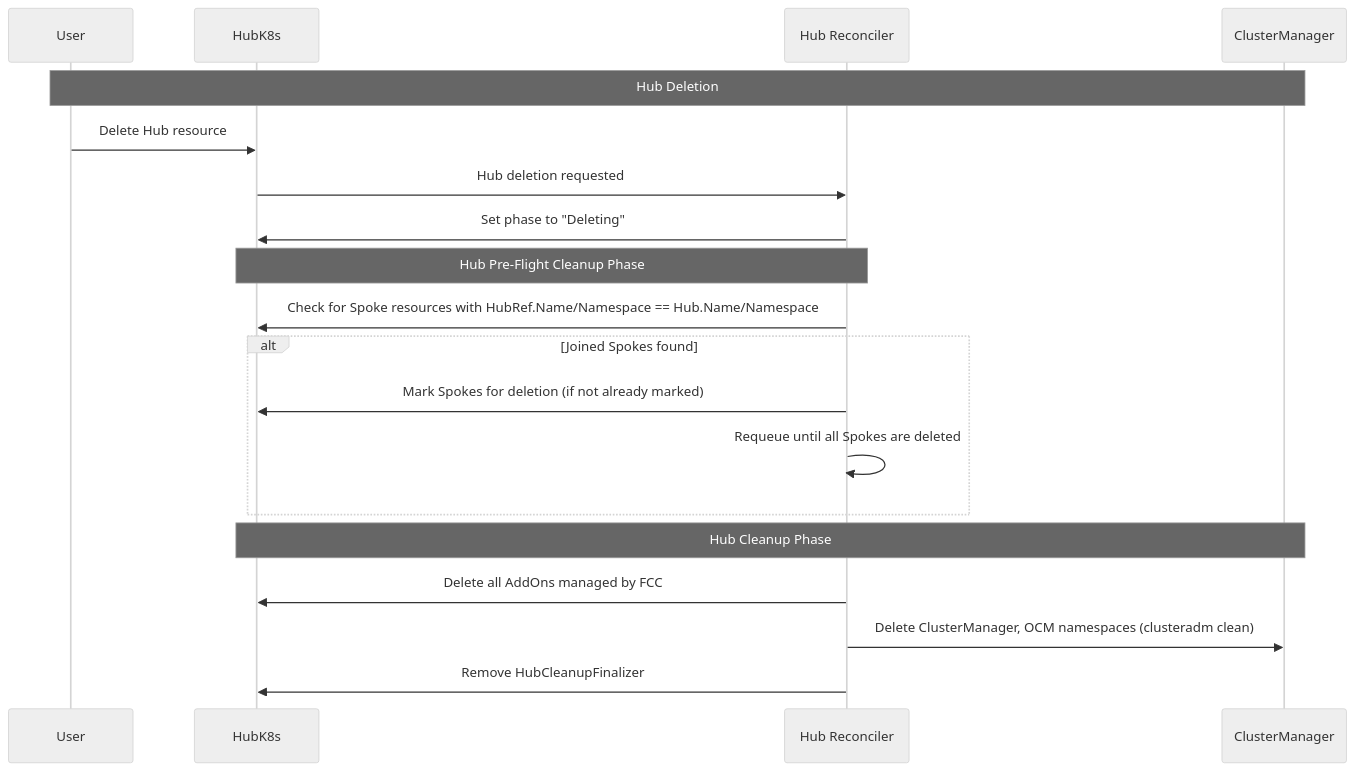
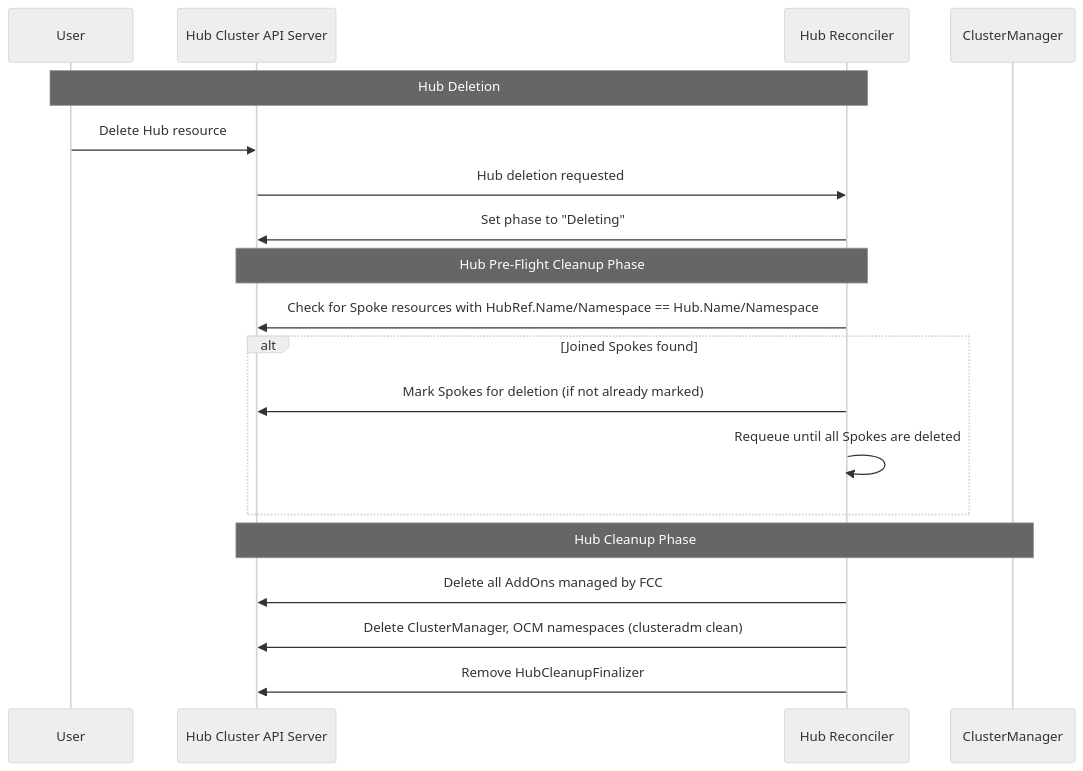
The fourth of 4 diagrams in fleetconfig-controller/docs/2-phase-spoke-reconcile.md (open-cluster-management-io/lab), drawn with Mermaid (neutral theme) before and after one commit. The commit also changed other lines of this file, not shown here.

````diff
--- a/fleetconfig-controller/docs/2-phase-spoke-reconcile.md
+++ b/fleetconfig-controller/docs/2-phase-spoke-reconcile.md
@@ -202,26 +203,25 @@
 ```mermaid
 sequenceDiagram
     participant User
-    participant HubK8s
+    participant HubK8s as Hub Cluster API Server
     participant HubReconciler as Hub Reconciler
-    participant ClusterManager
 
-    Note over User, ClusterManager: Hub Deletion
+    Note over User, HubReconciler: Hub Deletion
 
     User->>HubK8s: Delete Hub resource
     HubK8s->>HubReconciler: Hub deletion requested
     HubReconciler->>HubK8s: Set phase to "Deleting"
     
     Note over HubK8s, HubReconciler: Hub Pre-Flight Cleanup Phase
     HubReconciler->>HubK8s: Check for Spoke resources with HubRef.Name/Namespace == Hub.Name/Namespace
     alt Joined Spokes found 
         HubReconciler->>HubK8s: Mark Spokes for deletion (if not already marked)
         HubReconciler->>HubReconciler: Requeue until all Spokes are deleted
     end
 
     Note over HubK8s, ClusterManager: Hub Cleanup Phase
     HubReconciler->>HubK8s: Delete all AddOns managed by FCC
-    HubReconciler->>ClusterManager: Delete ClusterManager, OCM namespaces (clusteradm clean)
+    HubReconciler->>HubK8s: Delete ClusterManager, OCM namespaces (clusteradm clean)
     HubReconciler->>HubK8s: Remove HubCleanupFinalizer
 
 ```
````
